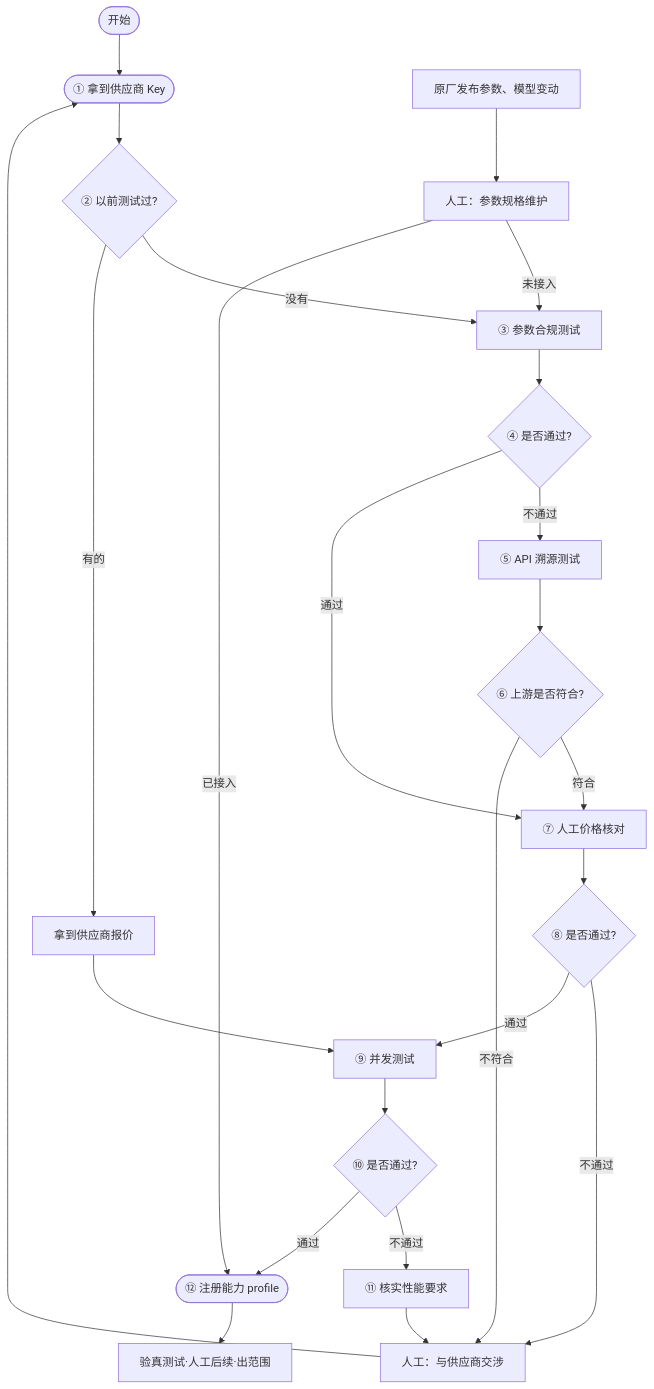
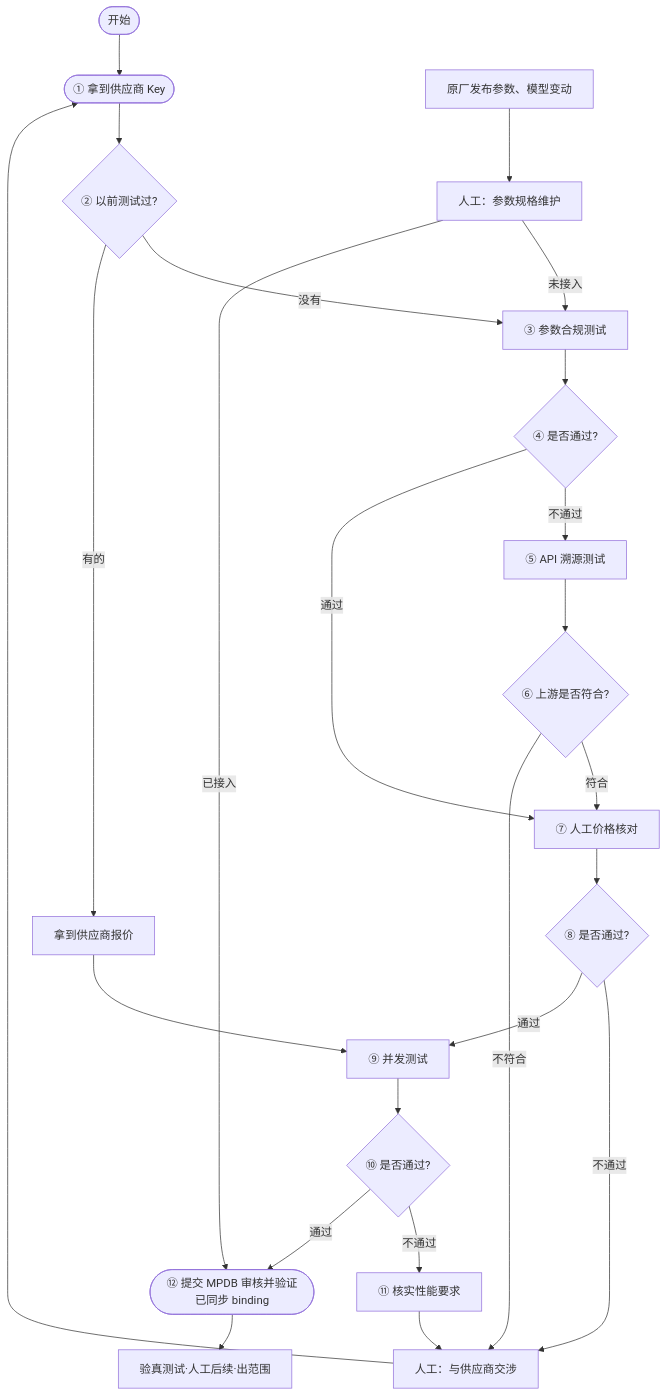
Before and after one commit to zenoWZH/API_param_test_skill: the diagram in references/supplier-onboarding-workflow.md, drawn with Mermaid. The commit also changed other lines of this file and 410 other files, not shown here.

````diff
--- a/references/supplier-onboarding-workflow.md
+++ b/references/supplier-onboarding-workflow.md
@@ -9,26 +9,26 @@
 ```mermaid
 flowchart TD
     START([开始]) --> KEY([① 拿到供应商 Key])
     KEY --> TESTED{② 以前测试过?}
     TESTED -->|没有| PARAM[③ 参数合规测试]
     TESTED -->|有的| SUP_QUOTE[拿到供应商报价]
     ORIGION[原厂发布参数、模型变动] --> MANUAL[人工：参数规格维护]
     MANUAL -->|未接入| PARAM
     MANUAL -->|已接入| ONBOARD
     PARAM --> PARAM_OK{④ 是否通过?}
     PARAM_OK -->|不通过| TRACE[⑤ API 溯源测试]
     PARAM_OK -->|通过| PRICE[⑦ 人工价格核对]
     TRACE --> TRACE_OK{⑥ 上游是否符合?}
     TRACE_OK -->|符合| PRICE
     TRACE_OK -->|不符合| NEGO[人工：与供应商交涉]
     PRICE --> PRICE_OK{⑧ 是否通过?}
     PRICE_OK -->|不通过| NEGO
     PRICE_OK -->|通过| CONC[⑨ 并发测试]
     SUP_QUOTE --> CONC
     CONC --> CONC_OK{⑩ 是否通过?}
     CONC_OK -->|不通过| FIX_PRICE[⑪ 核实性能要求]
     FIX_PRICE --> NEGO
-    CONC_OK -->|通过| ONBOARD([⑫ 注册能力 profile])
+    CONC_OK -->|通过| ONBOARD([⑫ 提交 MPDB 审核并验证已同步 binding])
     NEGO --> KEY
     ONBOARD --> VERIFY[验真测试·人工后续·出范围]
 ```
````
